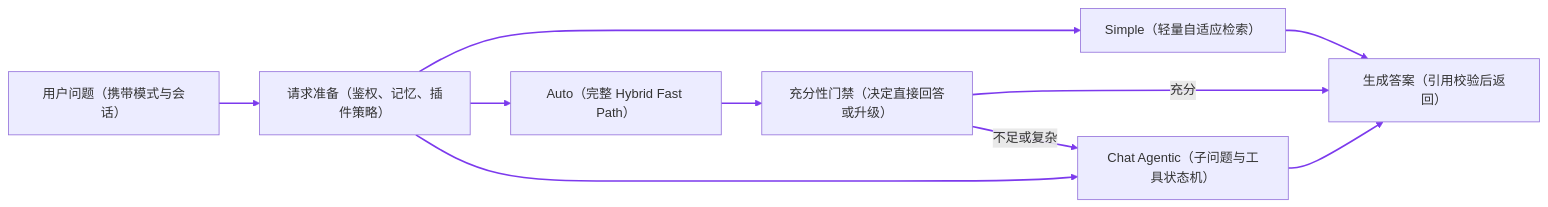
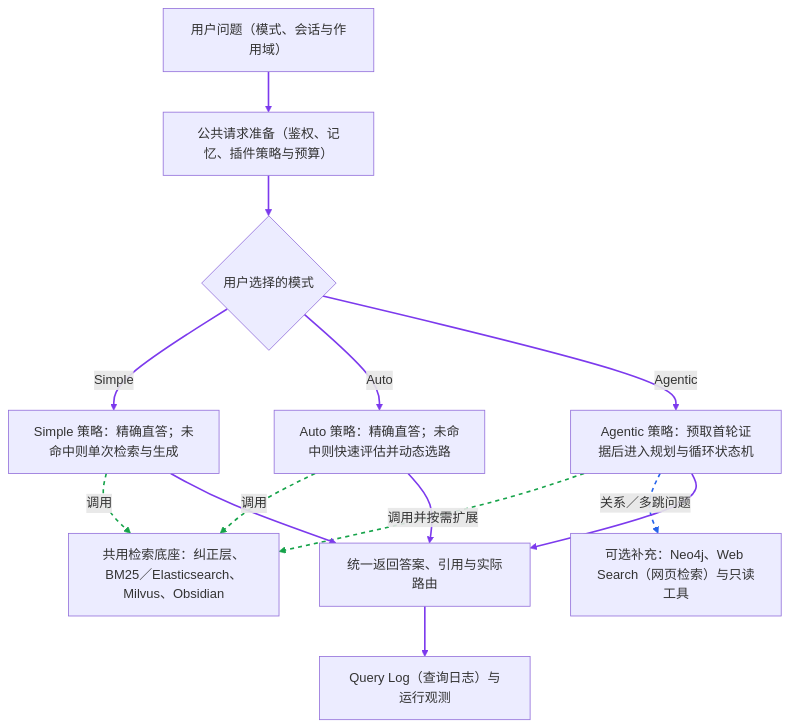
Before and after one commit to monstereatai/RAG: the third of 20 diagrams in docs/interview/功能步骤流程.md, drawn with Mermaid. The commit also changed other lines of this file and 97 other files, not shown here.

````diff
--- a/docs/interview/功能步骤流程.md
+++ b/docs/interview/功能步骤流程.md
@@ -118,13 +121,19 @@
 ```mermaid
-flowchart LR
-  A[用户问题（携带模式与会话）] --> B[请求准备（鉴权、记忆、插件策略）]
-  B --> C[Simple（轻量自适应检索）]
-  B --> D[Auto（完整 Hybrid Fast Path）]
-  B --> E[Chat Agentic（子问题与工具状态机）]
-  D --> F[充分性门禁（决定直接回答或升级）]
-  F -->|充分| G[生成答案（引用校验后返回）]
-  F -->|不足或复杂| E
-  C --> G
-  E --> G
-  linkStyle 0,1,2,3,4,5,6,7,8 stroke:#7c3aed,stroke-width:2px
+flowchart TB
+  A[用户问题（模式、会话与作用域）] --> B[公共请求准备（鉴权、记忆、插件策略与预算）]
+  B --> C{用户选择的模式}
+  C -->|Simple| D[Simple 策略：精确直答；未命中则单次检索与生成]
+  C -->|Auto| E[Auto 策略：精确直答；未命中则快速评估并动态选路]
+  C -->|Agentic| F[Agentic 策略：预取首轮证据后进入规划与循环状态机]
+  D -. 调用 .-> G[共用检索底座：纠正层、BM25／Elasticsearch、Milvus、Obsidian]
+  E -. 调用 .-> G
+  F -. 调用并按需扩展 .-> G
+  F -. 关系／多跳问题 .-> H[可选补充：Neo4j、Web Search（网页检索）与只读工具]
+  D --> I[统一返回答案、引用与实际路由]
+  E --> I
+  F --> I
+  I --> J[Query Log（查询日志）与运行观测]
+  linkStyle 0,1,2,3,4,9,10,11,12 stroke:#7c3aed,stroke-width:2px
+  linkStyle 5,6,7 stroke:#16a34a,stroke-width:2px,stroke-dasharray:5 5
+  linkStyle 8 stroke:#2563eb,stroke-width:2px,stroke-dasharray:5 5
 ```
````
